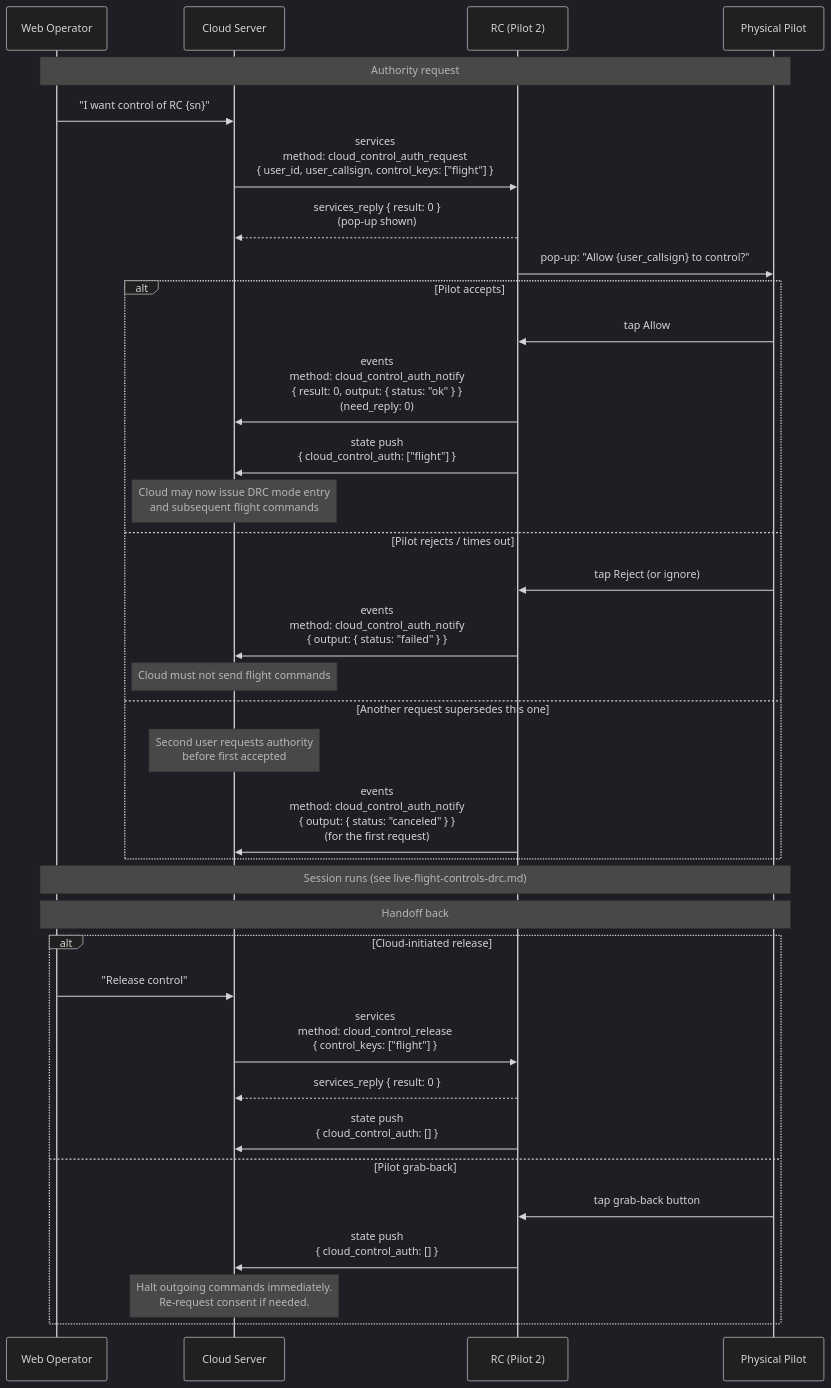
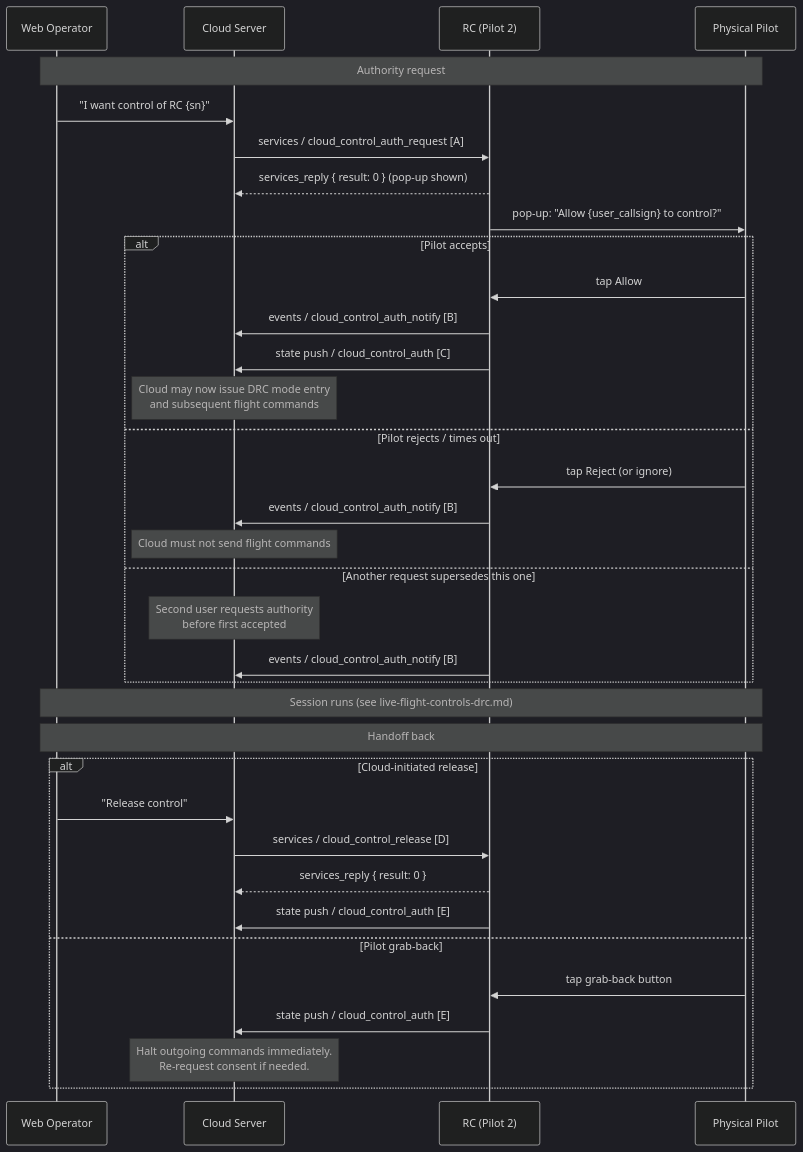
The diagram in master-docs/workflows/remote-control-handoff.md (larry-watkins-wps/DJI-docs-master), drawn with Mermaid (dark theme) before and after one commit. The commit also changed other lines of this file and 10 other files, not shown here.

First line of the commit message:
docs: beautify workflow mermaid diagrams with separate JSON payload blocks

````diff
--- a/master-docs/workflows/remote-control-handoff.md
+++ b/master-docs/workflows/remote-control-handoff.md
@@ -45,43 +45,43 @@
 ```mermaid
 sequenceDiagram
     participant web as Web Operator
     participant cloud as Cloud Server
     participant rc as RC (Pilot 2)
     participant pilot as Physical Pilot
 
     note over web,pilot: Authority request
 
     web ->> cloud: "I want control of RC {sn}"
-    cloud ->> rc: services<br/>method: cloud_control_auth_request<br/>{ user_id, user_callsign, control_keys: ["flight"] }
-    rc -->> cloud: services_reply { result: 0 }<br/>(pop-up shown)
+    cloud ->> rc: services / cloud_control_auth_request   [A]
+    rc -->> cloud: services_reply { result: 0 } (pop-up shown)
     rc ->> pilot: pop-up: "Allow {user_callsign} to control?"
 
     alt Pilot accepts
         pilot ->> rc: tap Allow
-        rc ->> cloud: events<br/>method: cloud_control_auth_notify<br/>{ result: 0, output: { status: "ok" } }<br/>(need_reply: 0)
-        rc ->> cloud: state push<br/>{ cloud_control_auth: ["flight"] }
+        rc ->> cloud: events / cloud_control_auth_notify   [B]
+        rc ->> cloud: state push / cloud_control_auth   [C]
         note over cloud: Cloud may now issue DRC mode entry<br/>and subsequent flight commands
     else Pilot rejects / times out
         pilot ->> rc: tap Reject (or ignore)
-        rc ->> cloud: events<br/>method: cloud_control_auth_notify<br/>{ output: { status: "failed" } }
+        rc ->> cloud: events / cloud_control_auth_notify   [B]
         note over cloud: Cloud must not send flight commands
     else Another request supersedes this one
         note over cloud: Second user requests authority<br/>before first accepted
-        rc ->> cloud: events<br/>method: cloud_control_auth_notify<br/>{ output: { status: "canceled" } }<br/>(for the first request)
+        rc ->> cloud: events / cloud_control_auth_notify   [B]
     end
 
     note over web,pilot: Session runs (see live-flight-controls-drc.md)
 
     note over web,pilot: Handoff back
 
     alt Cloud-initiated release
         web ->> cloud: "Release control"
-        cloud ->> rc: services<br/>method: cloud_control_release<br/>{ control_keys: ["flight"] }
+        cloud ->> rc: services / cloud_control_release   [D]
         rc -->> cloud: services_reply { result: 0 }
-        rc ->> cloud: state push<br/>{ cloud_control_auth: [] }
+        rc ->> cloud: state push / cloud_control_auth   [E]
     else Pilot grab-back
         pilot ->> rc: tap grab-back button
-        rc ->> cloud: state push<br/>{ cloud_control_auth: [] }
+        rc ->> cloud: state push / cloud_control_auth   [E]
         note over cloud: Halt outgoing commands immediately.<br/>Re-request consent if needed.
     end
 ```
````
